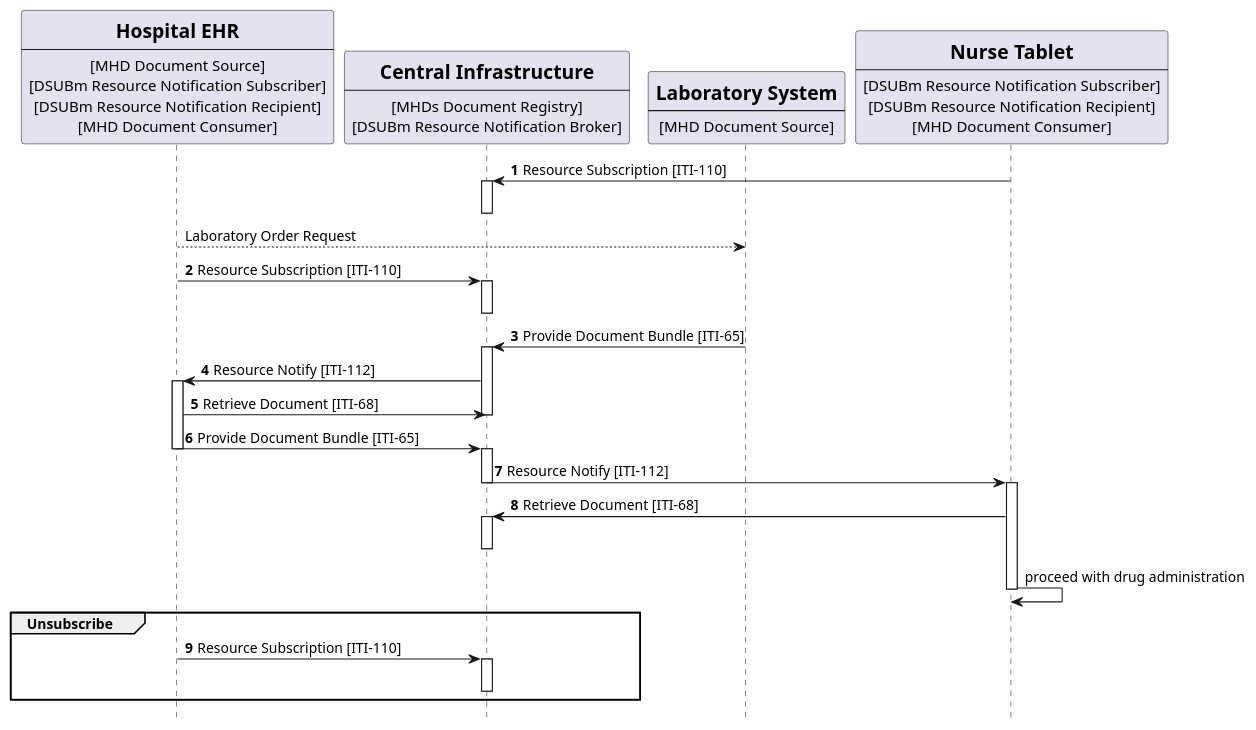
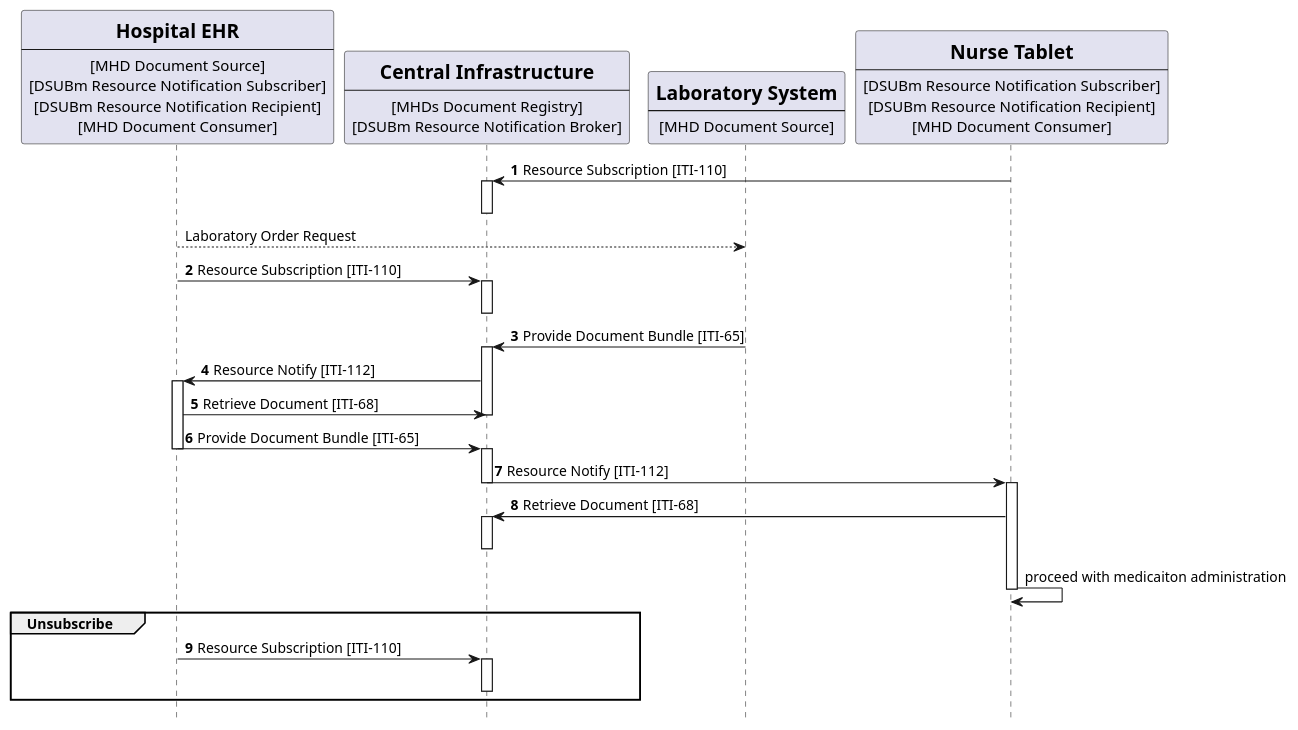
Before and after one commit to IHE/ITI.DSUBm: the diagram in input/images-source/usecase1-processflow.plantuml, drawn with PlantUML. The commit also changed 6 other files, not shown here.

```diff
--- a/input/images-source/usecase1-processflow.plantuml
+++ b/input/images-source/usecase1-processflow.plantuml
@@ -1,79 +1,79 @@
 @startuml
 skinparam svgDimensionStyle false
 hide footbox
 
 /'title "Subscription with DSUBm on MHDs infrastructure: Laboratory Results and ePrescription"'/
 participant HospitalEHR [
     =Hospital EHR
     ----
     [MHD Document Source]
     [DSUBm Resource Notification Subscriber]
     [DSUBm Resource Notification Recipient]
     [MHD Document Consumer]
 ] 
 
 participant MHDsDocumentRegistry [
     =Central Infrastructure
     ----
     [MHDs Document Registry]
     [DSUBm Resource Notification Broker]
     ] 
 
 
 participant LaboratorySystem [
     =Laboratory System
     ----
     [MHD Document Source]
 ] 
 
 participant NurseTablet [
     =Nurse Tablet
     ----
     [DSUBm Resource Notification Subscriber]
     [DSUBm Resource Notification Recipient]
     [MHD Document Consumer]
 ] 
 autonumber "<b>"
 NurseTablet -> MHDsDocumentRegistry:   Resource Subscription [ITI-110]
 activate MHDsDocumentRegistry
 deactivate MHDsDocumentRegistry
 autonumber stop
 HospitalEHR --> LaboratorySystem:  Laboratory Order Request
 autonumber 2 "<b>"
 HospitalEHR -> MHDsDocumentRegistry:  Resource Subscription [ITI-110]
 activate MHDsDocumentRegistry
 deactivate MHDsDocumentRegistry
 
 
 
 
 LaboratorySystem -> MHDsDocumentRegistry: Provide Document Bundle [ITI-65]
 activate MHDsDocumentRegistry
 
 MHDsDocumentRegistry -> HospitalEHR : Resource Notify [ITI-112]
 activate HospitalEHR
 HospitalEHR -> MHDsDocumentRegistry:  Retrieve Document [ITI-68]
 deactivate MHDsDocumentRegistry
 HospitalEHR -> MHDsDocumentRegistry: Provide Document Bundle [ITI-65]
 deactivate HospitalEHR
 
 activate MHDsDocumentRegistry
 MHDsDocumentRegistry -> NurseTablet : Resource Notify [ITI-112]
 deactivate MHDsDocumentRegistry
 activate NurseTablet
 NurseTablet -> MHDsDocumentRegistry: Retrieve Document [ITI-68]
 activate MHDsDocumentRegistry
 deactivate MHDsDocumentRegistry
 autonumber stop
-NurseTablet -> NurseTablet: proceed with drug administration
+NurseTablet -> NurseTablet: proceed with medicaiton administration
 deactivate NurseTablet
 
 autonumber 9 "<b>"
 group Unsubscribe
   HospitalEHR ->MHDsDocumentRegistry: Resource Subscription [ITI-110]
   activate MHDsDocumentRegistry
   deactivate MHDsDocumentRegistry
   
 end
 
 @enduml
```
